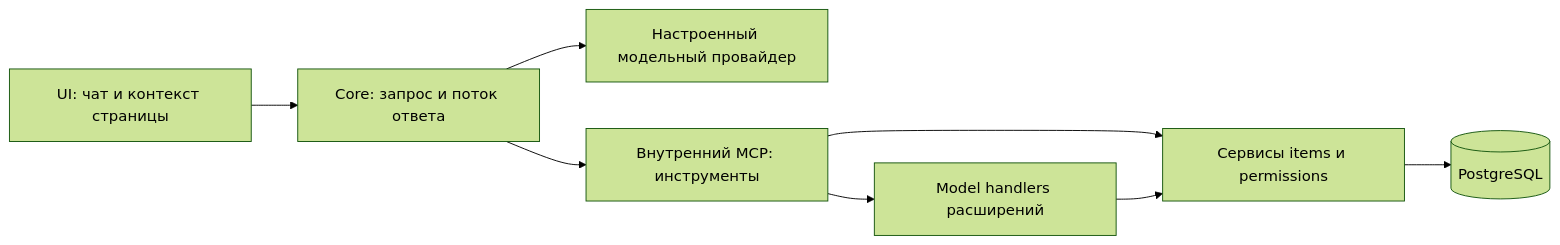
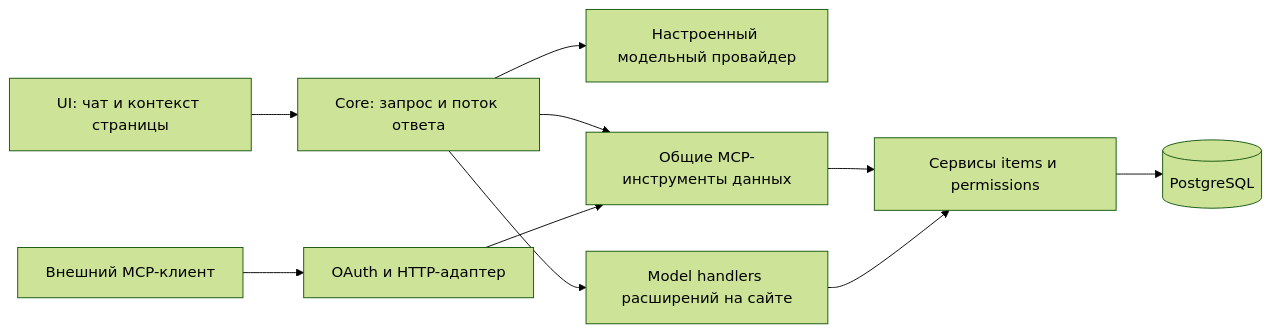
One commit to Asmblyr/Collaborative changed the diagram in docs/ru/development/assistant-architecture.md. Above: the diagram before and after it, drawn with Mermaid (forest theme). The commit also changed other lines of this file and 60 other files, not shown here.

Commit message:
feat: add user-scoped external MCP with shared assistant tools

````diff
--- a/docs/ru/development/assistant-architecture.md
+++ b/docs/ru/development/assistant-architecture.md
@@ -9,10 +9,12 @@
 ```mermaid
 flowchart LR
   UI[UI: чат и контекст страницы] --> Core[Core: запрос и поток ответа]
   Core --> Provider[Настроенный модельный провайдер]
-  Core --> MCP[Внутренний MCP: инструменты]
+  Core --> MCP[Общие MCP-инструменты данных]
+  External[Внешний MCP-клиент] --> HTTP[OAuth и HTTP-адаптер]
+  HTTP --> MCP
   MCP --> Items[Сервисы items и permissions]
-  MCP --> Model[Model handlers расширений]
+  Core --> Model[Model handlers расширений на сайте]
   Model --> Items
   Items --> DB[(PostgreSQL)]
 ```
````
